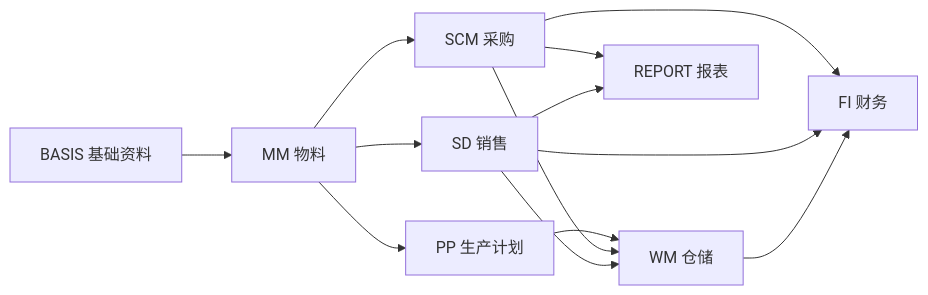
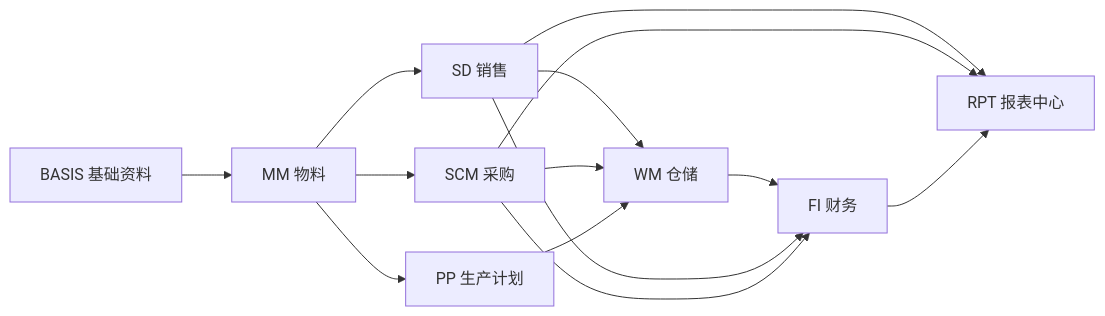
Before and after one commit to Micron818/lychee-doc: the first of 2 diagrams in user_training/zh/00-overview/01-system-process-map.md, drawn with Mermaid. The commit also changed other lines of this file and 47 other files, not shown here.

````diff
--- a/user_training/zh/00-overview/01-system-process-map.md
+++ b/user_training/zh/00-overview/01-system-process-map.md
@@ -18,15 +18,16 @@
 ```mermaid
 flowchart LR
   BASIS[BASIS 基础资料] --> MM[MM 物料]
   MM --> SD[SD 销售]
   MM --> SCM[SCM 采购]
   MM --> PP[PP 生产计划]
   SD --> WM[WM 仓储]
   SCM --> WM
   PP --> WM
   WM --> FI[FI 财务]
   SD --> FI
   SCM --> FI
-  SD --> R[REPORT 报表]
+  SD --> R[RPT 报表中心]
   SCM --> R
+  FI --> R
 ```
````
